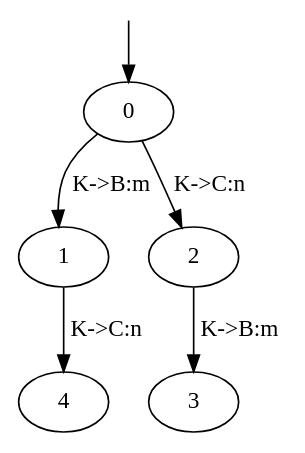
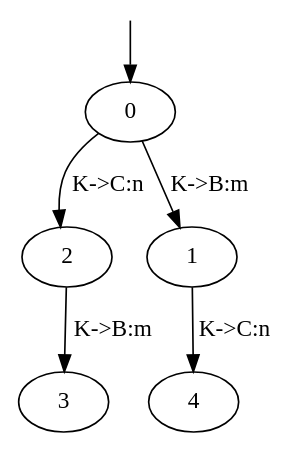
One commit to simoneorlando/Corinne changed the diagram in examples/domitilla input/[Converted]Simple_choiceStruct.gv. Above: the diagram before and after it, drawn with Graphviz. The commit also changed 1 other file, not shown here.

```diff
--- a/examples/domitilla input/[Converted]Simple_choiceStruct.gv
+++ b/examples/domitilla input/[Converted]Simple_choiceStruct.gv
@@ -1,8 +1,8 @@
 digraph Simple_choiceStruct {
 	s0 [label="" height=0 shape=none width=0]
-	s0 -> 0
-	1 -> 4 [label="K->C:n"]
-	0 -> 1 [label="K->B:m"]
-	2 -> 3 [label="K->B:m"]
-	0 -> 2 [label="K->C:n"]
+		s0 -> 0
+		0 -> 2 [label="K->C:n"]
+		2 -> 3 [label="K->B:m"]
+		0 -> 1 [label="K->B:m"]
+		1 -> 4 [label="K->C:n"]
 }
```
